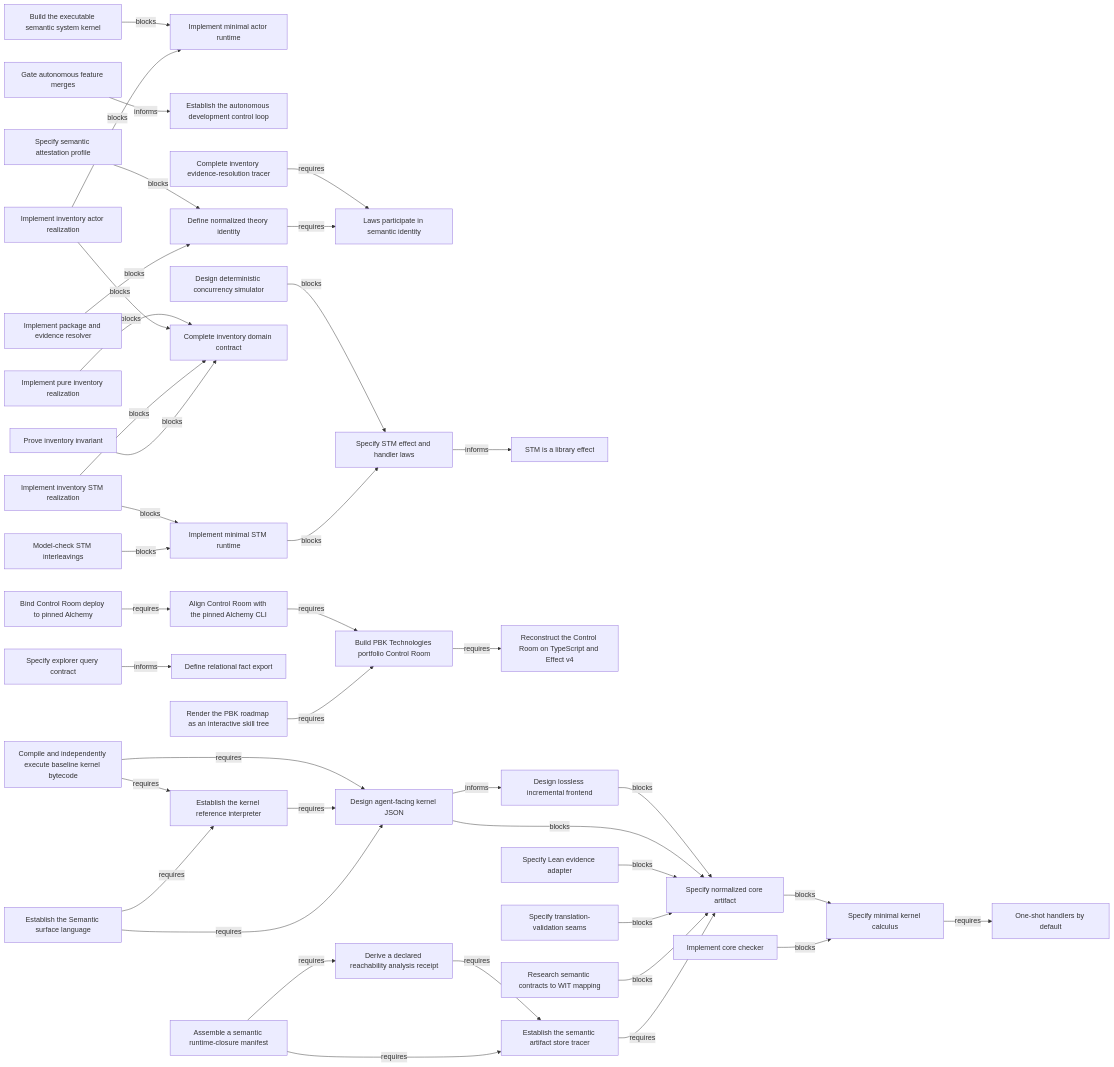
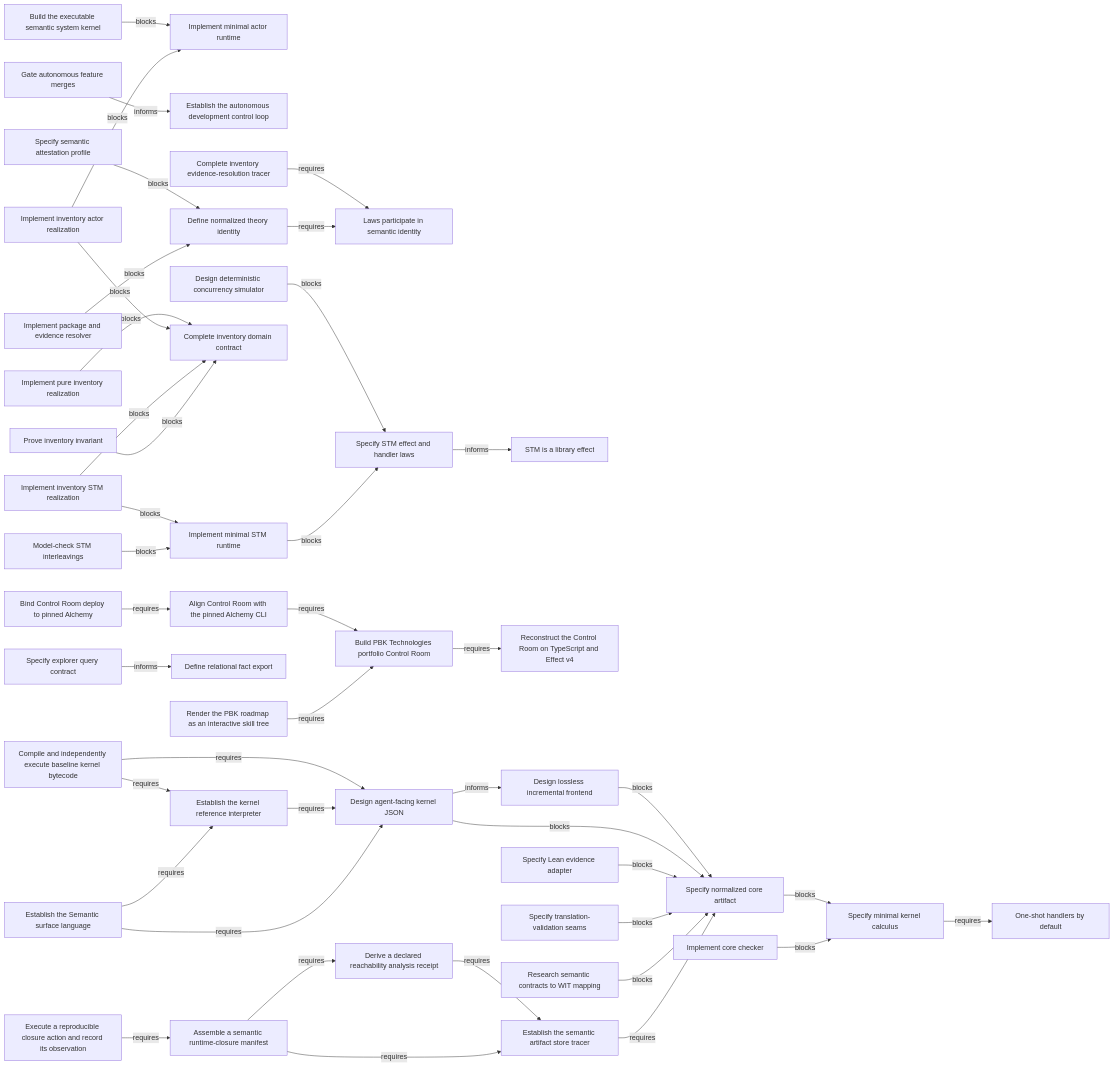
Before and after one commit to phibkro/semantic-systems: the diagram in generated/05-work-dependencies.md, drawn with Mermaid. The commit also changed 10 other files, not shown here.

First line of the commit message:
feat(language): add reproducible action observation receipt (#16)

```diff
--- a/generated/05-work-dependencies.md
+++ b/generated/05-work-dependencies.md
@@ -35,6 +35,7 @@
     work_pbk_portfolio_control_room["Build PBK Technologies portfolio Control Room"]
     work_reachability_analysis_receipt["Derive a declared reachability analysis receipt"]
     work_relational_fact_schema["Define relational fact export"]
+    work_reproducible_action_observation_receipt["Execute a reproducible closure action and record its observation"]
     work_semantic_artifact_store["Establish the semantic artifact store tracer"]
     work_semantic_attestation_profile["Specify semantic attestation profile"]
     work_semantic_runtime_closure_manifest["Assemble a semantic runtime-closure manifest"]
@@ -66,6 +67,7 @@
     work_wasm_contract_mapping -->|blocks| work_normalized_core_format
     work_deterministic_simulator_spec -->|blocks| work_stm_laws
     work_explorer_query_contract -->|informs| work_relational_fact_schema
+    work_reproducible_action_observation_receipt -->|requires| work_semantic_runtime_closure_manifest
     work_semantic_artifact_store -->|requires| work_normalized_core_format
     work_semantic_runtime_closure_manifest -->|requires| work_reachability_analysis_receipt
     work_semantic_runtime_closure_manifest -->|requires| work_semantic_artifact_store
```
